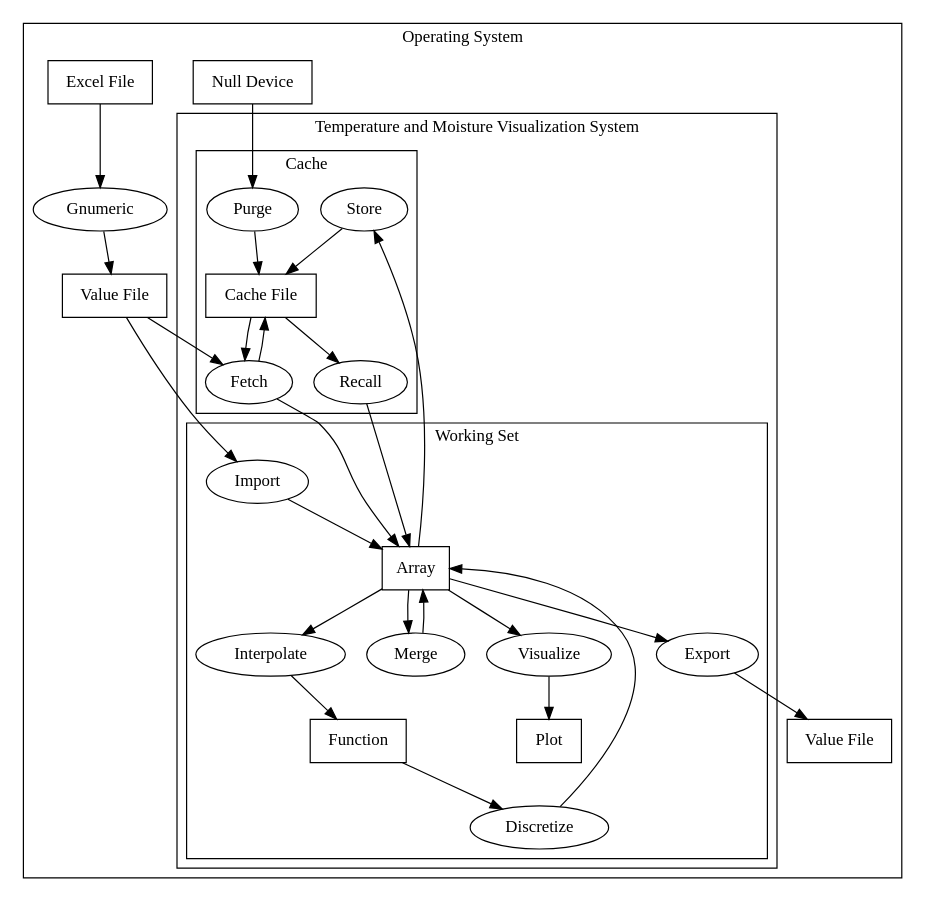
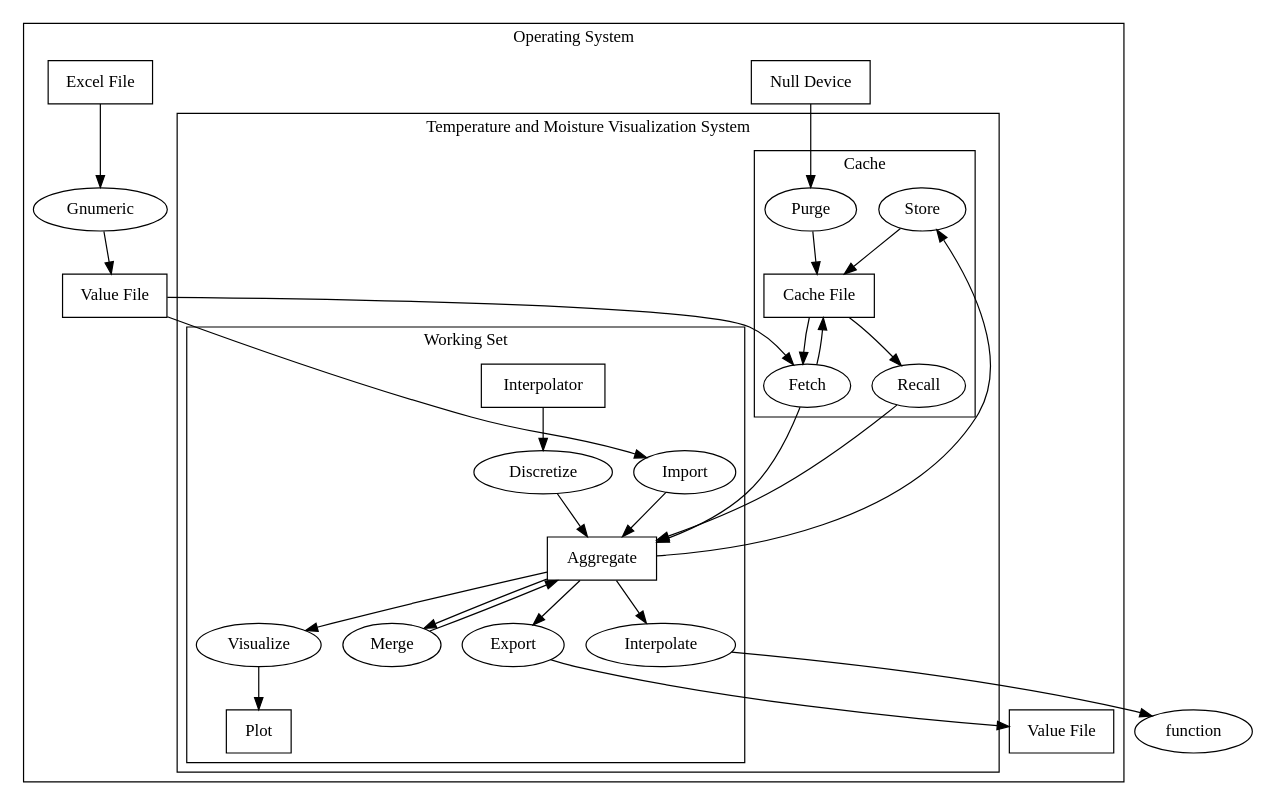
The diagram in data-flow.dot (Tuplanolla/tmvs), drawn with Graphviz before and after one commit. The commit also changed 6 other files, not shown here.

```diff
--- a/data-flow.dot
+++ b/data-flow.dot
@@ -1,64 +1,64 @@
 digraph {
-  subgraph cluster_cace {
+  subgraph cluster_os {
     label = "Operating System"
 
     node [shape = box]
     null [label = "Null Device"]
     xlsr [label = "Excel File"]
     csvr [label = "Value File"]
     csvw [label = "Value File"]
 
     node [shape = oval]
     gnumeric [label = "Gnumeric"]
 
     subgraph cluster_tmvs {
       label = "Temperature and Moisture Visualization System"
 
       subgraph cluster_ws {
         label = "Working Set"
 
         node [shape = box]
-        array [label = "Array"]
-        function [label = "Function"]
+        aggr [label = "Aggregate"]
+        interp [label = "Interpolator"]
         plot [label = "Plot"]
 
         node [shape = oval]
         import [label = "Import"]
         interpolate [label = "Interpolate"]
         discretize [label = "Discretize"]
         merge [label = "Merge"]
         visualize [label = "Visualize"]
         export [label = "Export"]
       }
 
       subgraph cluster_cache {
         label = "Cache"
 
         node [shape = box]
         cache [label = "Cache File"]
 
         node [shape = oval]
         store [label = "Store"]
         recall [label = "Recall"]
         fetch [label = "Fetch"]
         purge [label = "Purge"]
       }
     }
   }
 
   xlsr -> gnumeric -> csvr
-  csvr -> import -> array
-  array -> interpolate -> function
-  function -> discretize -> array
-  array -> merge -> array
-  array -> visualize -> plot
-  array -> store -> cache
-  cache -> recall -> array
-  csvr -> fetch -> array
+  csvr -> import -> aggr
+  aggr -> interpolate -> function
+  interp -> discretize -> aggr
+  aggr -> merge -> aggr
+  aggr -> visualize -> plot
+  aggr -> store -> cache
+  cache -> recall -> aggr
+  csvr -> fetch -> aggr
   cache -> fetch -> cache
   null -> purge -> cache
-  array -> export -> csvw
+  aggr -> export -> csvw
 
   fetch -> import [style = invis]
   recall -> import [style = invis]
 }
```
